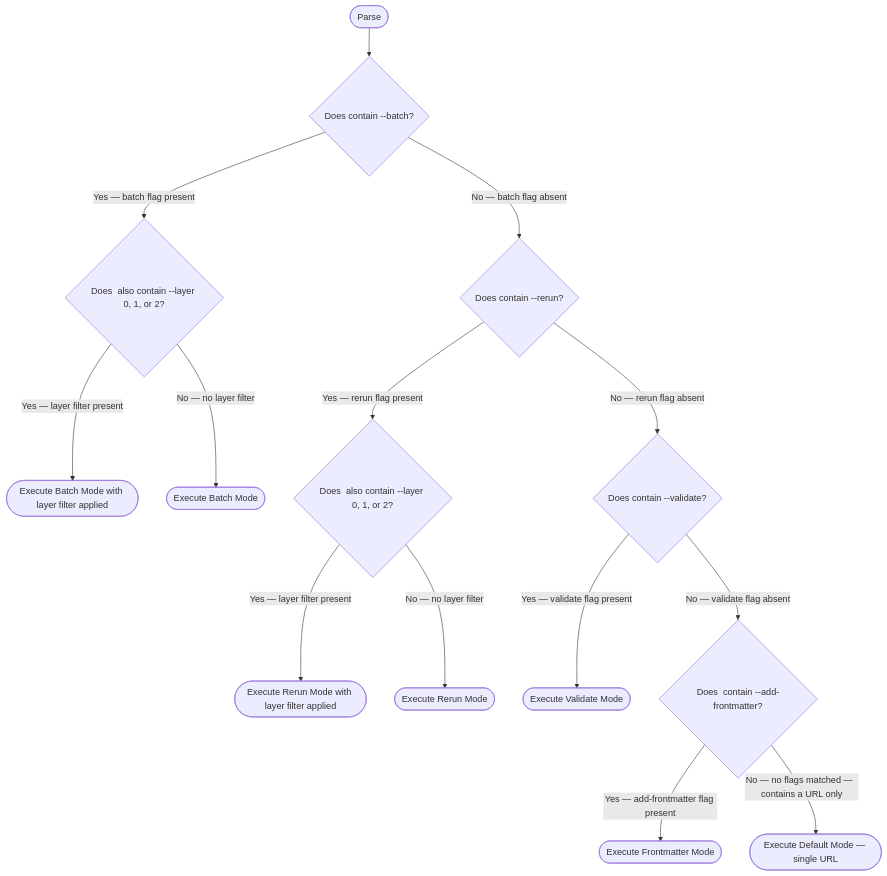
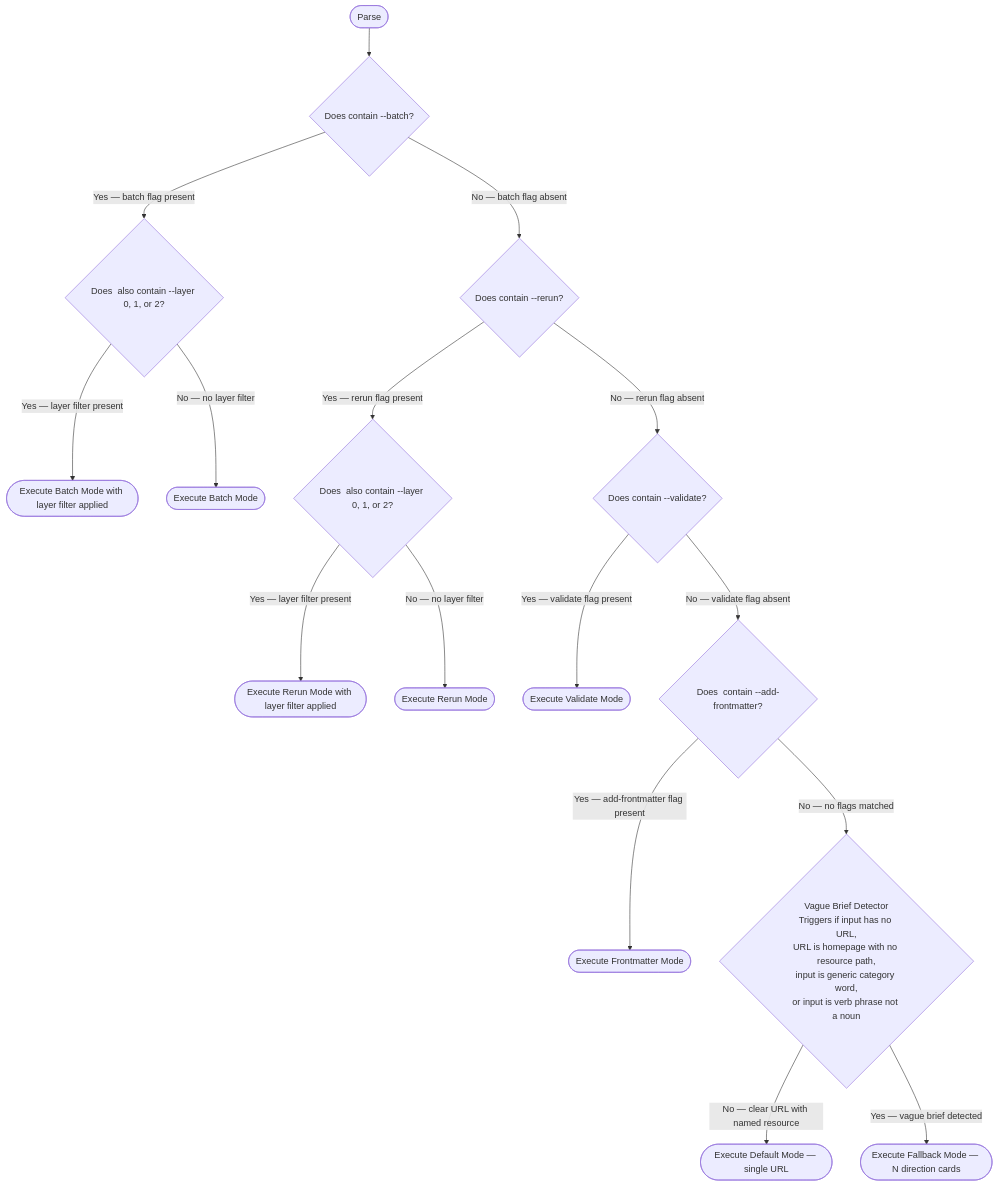
The first of 3 diagrams in .claude/skills/research-curator/SKILL.md (chgreer1070/claude_skills), drawn with Mermaid before and after one commit. The commit also changed other lines of this file and 10 other files, not shown here.

Commit message:
feat(skills): add Vague Brief Detector fallback to research-curator and skill-research-process (#2138)

````diff
--- a/.claude/skills/research-curator/SKILL.md
+++ b/.claude/skills/research-curator/SKILL.md
@@ -26,16 +26,18 @@
 ```mermaid
 flowchart TD
     Start(["Parse <mode_args/>"]) --> Q1{"Does <mode_args/> contain --batch?"}
     Q1 -->|"Yes — batch flag present"| Q1Layer{"Does <mode_args/> also contain --layer 0, 1, or 2?"}
     Q1 -->|"No — batch flag absent"| Q2{"Does <mode_args/> contain --rerun?"}
     Q1Layer -->|"Yes — layer filter present"| BatchLayer(["Execute Batch Mode with layer filter applied"])
     Q1Layer -->|"No — no layer filter"| Batch(["Execute Batch Mode"])
     Q2 -->|"Yes — rerun flag present"| Q2Layer{"Does <mode_args/> also contain --layer 0, 1, or 2?"}
     Q2 -->|"No — rerun flag absent"| Q3{"Does <mode_args/> contain --validate?"}
     Q2Layer -->|"Yes — layer filter present"| RerunLayer(["Execute Rerun Mode with layer filter applied"])
     Q2Layer -->|"No — no layer filter"| Rerun(["Execute Rerun Mode"])
     Q3 -->|"Yes — validate flag present"| Validate(["Execute Validate Mode"])
     Q3 -->|"No — validate flag absent"| Q4{"Does <mode_args/> contain --add-frontmatter?"}
     Q4 -->|"Yes — add-frontmatter flag present"| Frontmatter(["Execute Frontmatter Mode"])
-    Q4 -->|"No — no flags matched — <mode_args/> contains a URL only"| Default(["Execute Default Mode — single URL"])
+    Q4 -->|"No — no flags matched"| VBD{"Vague Brief Detector<br/>Triggers if input has no URL,<br/>URL is homepage with no resource path,<br/>input is generic category word,<br/>or input is verb phrase not a noun"}
+    VBD -->|"No — clear URL with named resource"| Default(["Execute Default Mode — single URL"])
+    VBD -->|"Yes — vague brief detected"| Fallback(["Execute Fallback Mode — N direction cards"])
 ```
````
